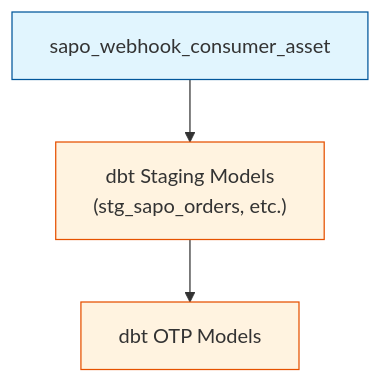
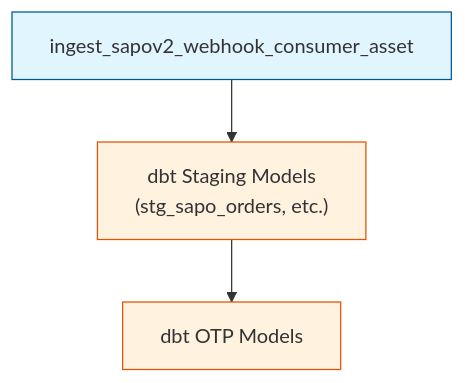
Before and after one commit to vantt/data-integration: the first of 2 diagrams in orchestration/docs/JOBS.md, drawn with Mermaid. The commit also changed other lines of this file and 32 other files, not shown here.

Commit message:
refactor(orchestration): rename sapo ingest assets, serving assets, and sapo pipeline jobs

````diff
--- a/orchestration/docs/JOBS.md
+++ b/orchestration/docs/JOBS.md
@@ -51,16 +51,16 @@
 ```mermaid
 graph TD
     %% Assets
-    Webhook[sapo_webhook_consumer_asset]
+    Webhook[ingest_sapov2_webhook_consumer_asset]
     Staging["dbt Staging Models<br/>(stg_sapo_orders, etc.)"]
     OTP["dbt OTP Models"]
 
     %% Dependencies
     Webhook --> Staging
     Staging --> OTP
 
     %% Styling
     style Webhook fill:#e1f5fe,stroke:#01579b
     style Staging fill:#fff3e0,stroke:#e65100
     style OTP fill:#fff3e0,stroke:#e65100
 ```
````
